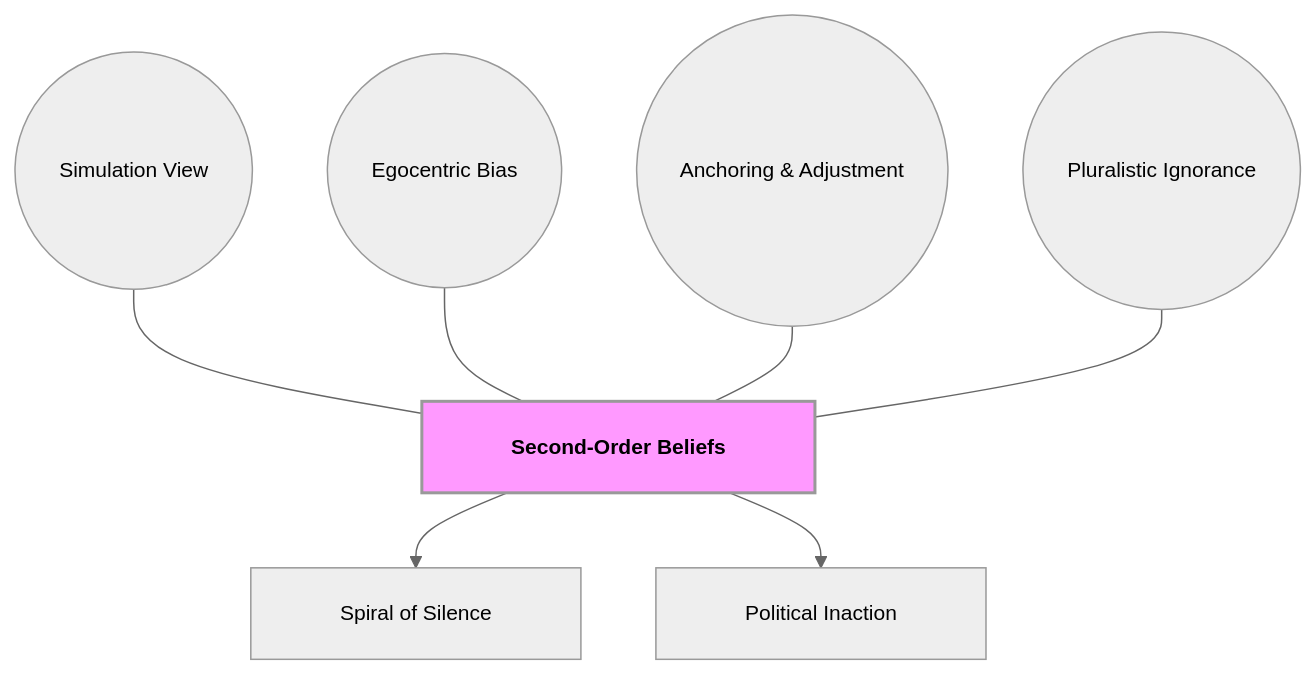
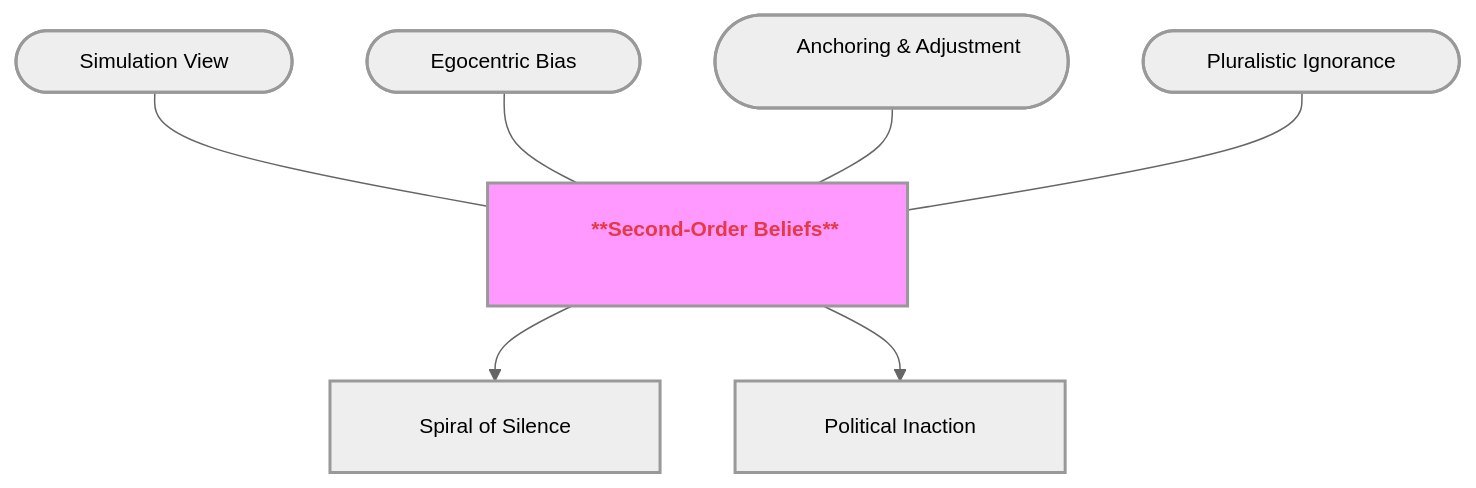
Before and after one commit to GM024/CourseSummaries: the second of 8 diagrams in Communication_Influence/Mastery_Guide_SOW_BS033.md, drawn with Mermaid. The commit also changed other lines of this file, not shown here.

Commit message:
Final Structural Overhaul: GitHub-optimized diagrams, red-bold verbatim nodes, and 150w+ descriptive APA notes

````diff
--- a/Communication_Influence/Mastery_Guide_SOW_BS033.md
+++ b/Communication_Influence/Mastery_Guide_SOW_BS033.md
@@ -68,15 +68,16 @@
 ```mermaid
 %%{init: { 'flowchart': { 'padding': 20, 'nodeSpacing': 50, 'rankSpacing': 50, 'useMaxWidth': false }, 'theme': 'neutral', 'themeVariables': { 'fontSize': '14px' }}}%%
 graph TD
-    Hub["&nbsp;&nbsp;&nbsp;&nbsp; Second-Order Beliefs &nbsp;&nbsp;&nbsp;&nbsp;"]:::hubNode
+    Hub["&nbsp;&nbsp;&nbsp;&nbsp;&nbsp;&nbsp; <span style='color:#e63946'>**Second-Order Beliefs**</span> &nbsp;&nbsp;&nbsp;&nbsp;&nbsp;&nbsp;"]:::hubNode
     
-    S1(("&nbsp;&nbsp;&nbsp;&nbsp; Simulation View &nbsp;&nbsp;&nbsp;&nbsp;")) --- Hub
-    S2(("&nbsp;&nbsp;&nbsp;&nbsp; Egocentric Bias &nbsp;&nbsp;&nbsp;&nbsp;")) --- Hub
-    S3(("&nbsp;&nbsp;&nbsp;&nbsp; Anchoring & Adjustment &nbsp;&nbsp;&nbsp;&nbsp;")) --- Hub
-    S4(("&nbsp;&nbsp;&nbsp;&nbsp; Pluralistic Ignorance &nbsp;&nbsp;&nbsp;&nbsp;")) --- Hub
+    S1(["&nbsp;&nbsp;&nbsp;&nbsp;&nbsp;&nbsp; Simulation View &nbsp;&nbsp;&nbsp;&nbsp;&nbsp;&nbsp;"]) --- Hub
+    S2(["&nbsp;&nbsp;&nbsp;&nbsp;&nbsp;&nbsp; Egocentric Bias &nbsp;&nbsp;&nbsp;&nbsp;&nbsp;&nbsp;"]) --- Hub
+    S3(["&nbsp;&nbsp;&nbsp;&nbsp;&nbsp;&nbsp; Anchoring & Adjustment &nbsp;&nbsp;&nbsp;&nbsp;&nbsp;&nbsp;"]) --- Hub
+    S4(["&nbsp;&nbsp;&nbsp;&nbsp;&nbsp;&nbsp; Pluralistic Ignorance &nbsp;&nbsp;&nbsp;&nbsp;&nbsp;&nbsp;"]) --- Hub
     
     Hub --> B1["&nbsp;&nbsp;&nbsp;&nbsp; Spiral of Silence &nbsp;&nbsp;&nbsp;&nbsp;"]
     Hub --> B2["&nbsp;&nbsp;&nbsp;&nbsp; Political Inaction &nbsp;&nbsp;&nbsp;&nbsp;"]
     
     classDef hubNode font-weight:bold,stroke-width:2px,fill:#f9f;
+    classDef default stroke-width:2px;
 ```
````
